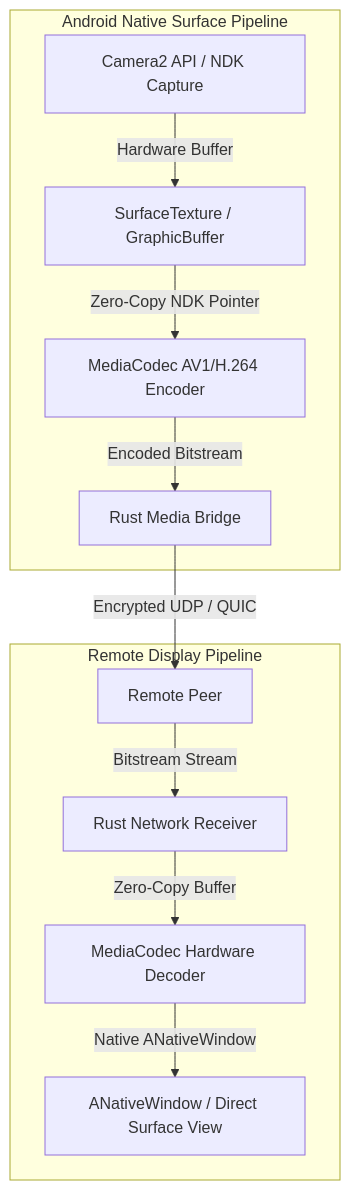
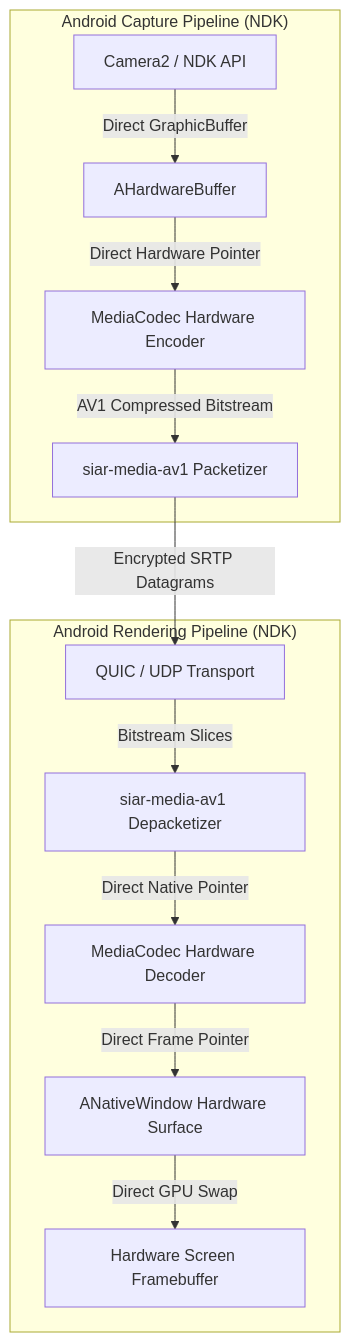
One commit to irshadali5/siar changed the second of 3 diagrams in wiki/11-Realtime-Audio-Video-Calling-Architecture.md. Above: the diagram before and after it, drawn with Mermaid. The commit also changed other lines of this file, not shown here.

Commit message:
docs(wiki-11): update realtime audio video calling architecture specification

````diff
--- a/wiki/11-Realtime-Audio-Video-Calling-Architecture.md
+++ b/wiki/11-Realtime-Audio-Video-Calling-Architecture.md
@@ -64,16 +133,17 @@
 ```mermaid
 graph TD
-    subgraph Android Native Surface Pipeline
-        Cam[Camera2 API / NDK Capture] -->|Hardware Buffer| SurfaceTexture[SurfaceTexture / GraphicBuffer]
-        SurfaceTexture -->|Zero-Copy NDK Pointer| HWEncoder[MediaCodec AV1/H.264 Encoder]
-        HWEncoder -->|Encoded Bitstream| JNIRust[Rust Media Bridge]
+    subgraph CapturePipeline["Android Capture Pipeline (NDK)"]
+        Camera[Camera2 / NDK API] -->|Direct GraphicBuffer| AHardwareBuffer[AHardwareBuffer]
+        AHardwareBuffer -->|Direct Hardware Pointer| MediaCodecEnc[MediaCodec Hardware Encoder]
+        MediaCodecEnc -->|AV1 Compressed Bitstream| RustMuxer[siar-media-av1 Packetizer]
     end
-    
-    JNIRust -->|Encrypted UDP / QUIC| RemotePeer[Remote Peer]
-    
-    subgraph Remote Display Pipeline
-        RemotePeer -->|Bitstream Stream| JNIRecv[Rust Network Receiver]
-        JNIRecv -->|Zero-Copy Buffer| HWDecoder[MediaCodec Hardware Decoder]
-        HWDecoder -->|Native ANativeWindow| GLSurface[ANativeWindow / Direct Surface View]
+
+    RustMuxer -->|Encrypted SRTP Datagrams| Transport[QUIC / UDP Transport]
+
+    subgraph RenderPipeline["Android Rendering Pipeline (NDK)"]
+        Transport -->|Bitstream Slices| RustDemuxer[siar-media-av1 Depacketizer]
+        RustDemuxer -->|Direct Native Pointer| MediaCodecDec[MediaCodec Hardware Decoder]
+        MediaCodecDec -->|Direct Frame Pointer| ANativeWindow[ANativeWindow Hardware Surface]
+        ANativeWindow -->|Direct GPU Swap| Display[Hardware Screen Framebuffer]
     end
 ```
````
